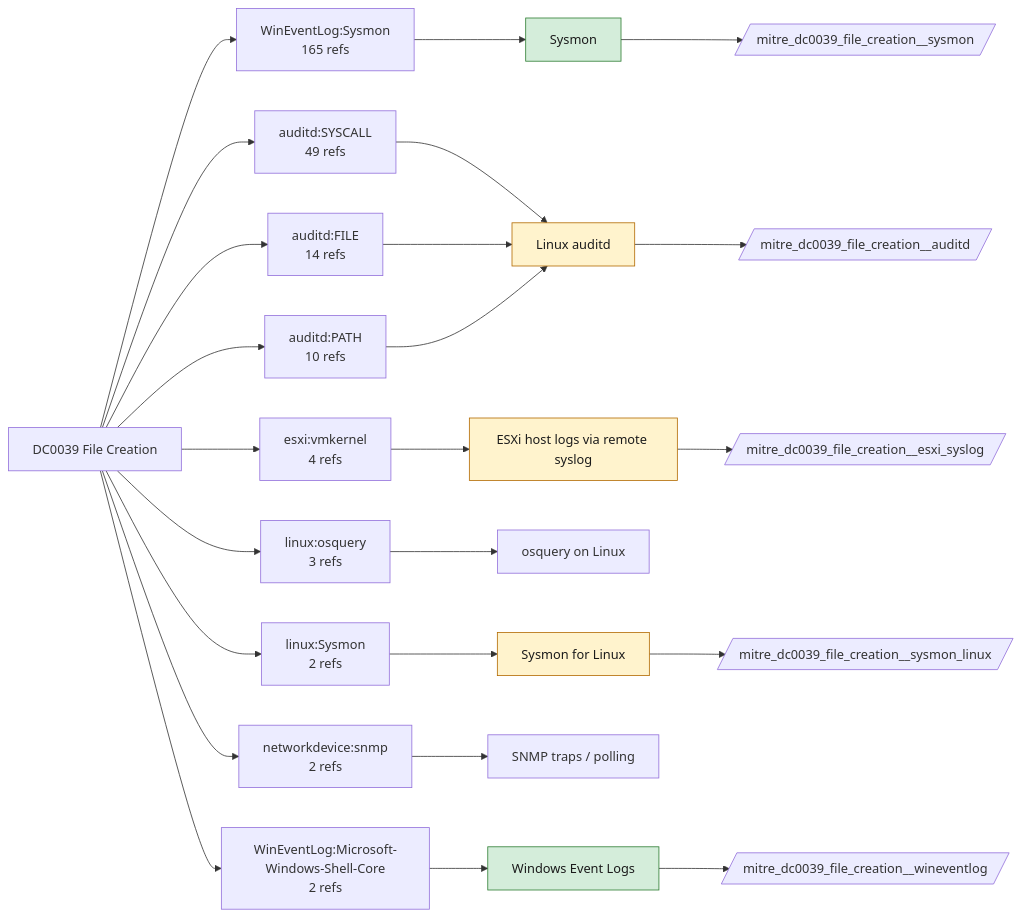
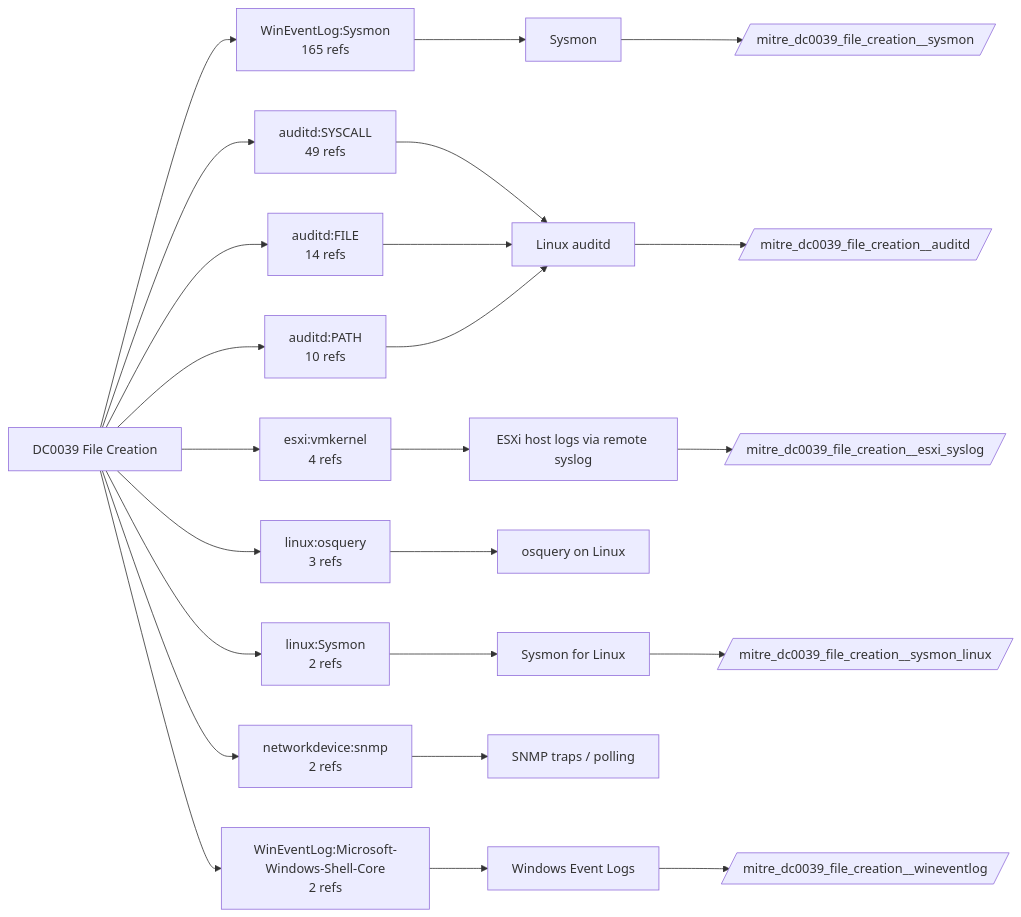
The diagram in docs/data-components/DC0039-file-creation.md (dev-nobytes-io/mitre-defensive-mappings-spl), drawn with Mermaid before and after one commit. The commit also changed other lines of this file and 366 other files, not shown here.

````diff
--- a/docs/data-components/DC0039-file-creation.md
+++ b/docs/data-components/DC0039-file-creation.md
@@ -19,41 +19,34 @@
 ```mermaid
 flowchart LR
   DC["DC0039 File Creation"]
   DC --> LS0["WinEventLog:Sysmon<br/>165 refs"]
   F_sysmon["Sysmon"]
   LS0 --> F_sysmon
   DC --> LS1["auditd:SYSCALL<br/>49 refs"]
   F_auditd["Linux auditd"]
   LS1 --> F_auditd
   DC --> LS2["auditd:FILE<br/>14 refs"]
   LS2 --> F_auditd
   DC --> LS3["auditd:PATH<br/>10 refs"]
   LS3 --> F_auditd
   DC --> LS4["esxi:vmkernel<br/>4 refs"]
   F_esxi_syslog["ESXi host logs via remote syslog"]
   LS4 --> F_esxi_syslog
   DC --> LS5["linux:osquery<br/>3 refs"]
   F_linux_osquery["osquery on Linux"]
   LS5 --> F_linux_osquery
   DC --> LS6["linux:Sysmon<br/>2 refs"]
   F_sysmon_linux["Sysmon for Linux"]
   LS6 --> F_sysmon_linux
   DC --> LS7["networkdevice:snmp<br/>2 refs"]
   F_snmp["SNMP traps / polling"]
   LS7 --> F_snmp
   DC --> LS8["WinEventLog:Microsoft-Windows-Shell-Core<br/>2 refs"]
   F_wineventlog["Windows Event Logs"]
   LS8 --> F_wineventlog
+  F_auditd --> ET_auditd[/"mitre_dc0039_file_creation__auditd"/]
+  F_esxi_syslog --> ET_esxi_syslog[/"mitre_dc0039_file_creation__esxi_syslog"/]
   F_sysmon --> ET_sysmon[/"mitre_dc0039_file_creation__sysmon"/]
-  class F_sysmon live
+  F_sysmon_linux --> ET_sysmon_linux[/"mitre_dc0039_file_creation__sysmon_linux"/]
   F_wineventlog --> ET_wineventlog[/"mitre_dc0039_file_creation__wineventlog"/]
-  class F_wineventlog live
-  F_auditd --> ET_auditd[/"mitre_dc0039_file_creation__auditd"/]
-  class F_auditd ready
-  F_esxi_syslog --> ET_esxi_syslog[/"mitre_dc0039_file_creation__esxi_syslog"/]
-  class F_esxi_syslog ready
-  F_sysmon_linux --> ET_sysmon_linux[/"mitre_dc0039_file_creation__sysmon_linux"/]
-  class F_sysmon_linux ready
-  classDef live fill:#d4edda,stroke:#2e7d32,color:#1b1b1b
-  classDef ready fill:#fff3cd,stroke:#b26a00,color:#1b1b1b
 ```
````
